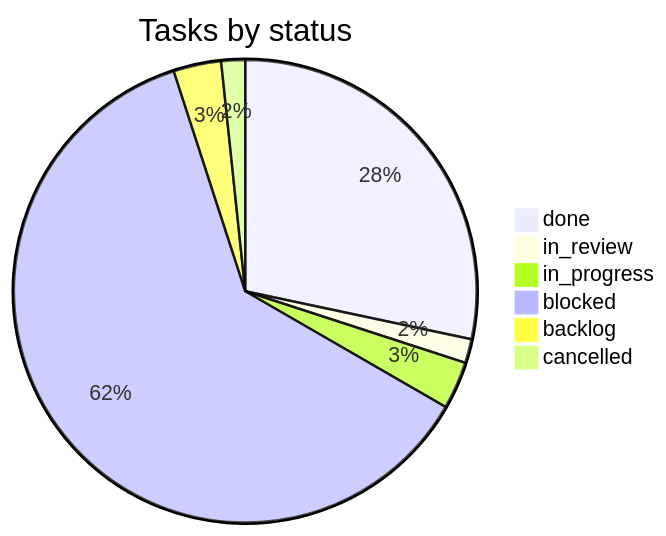
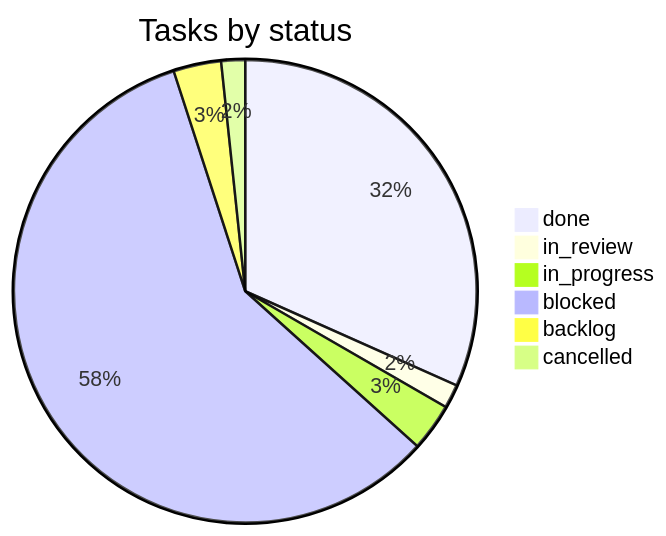
The second of 2 diagrams in PROGRESS.md (vulcanflow/docs), drawn with Mermaid before and after one commit. The commit also changed other lines of this file and 1 other file, not shown here.

````diff
--- a/PROGRESS.md
+++ b/PROGRESS.md
@@ -58,9 +58,9 @@
 ```mermaid
 pie title Tasks by status
-  "done" : 17
+  "done" : 19
   "in_review" : 1
   "in_progress" : 2
-  "blocked" : 37
+  "blocked" : 35
   "backlog" : 2
   "cancelled" : 1
 ```
````
